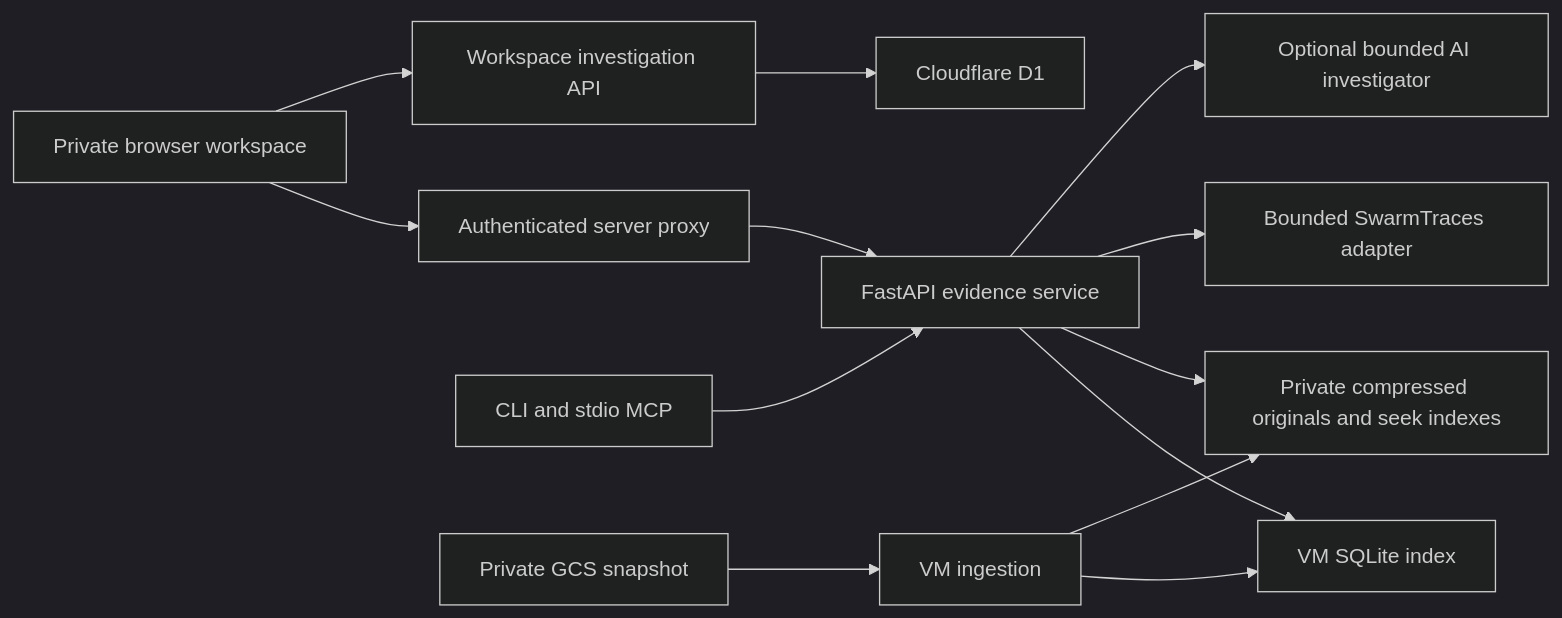
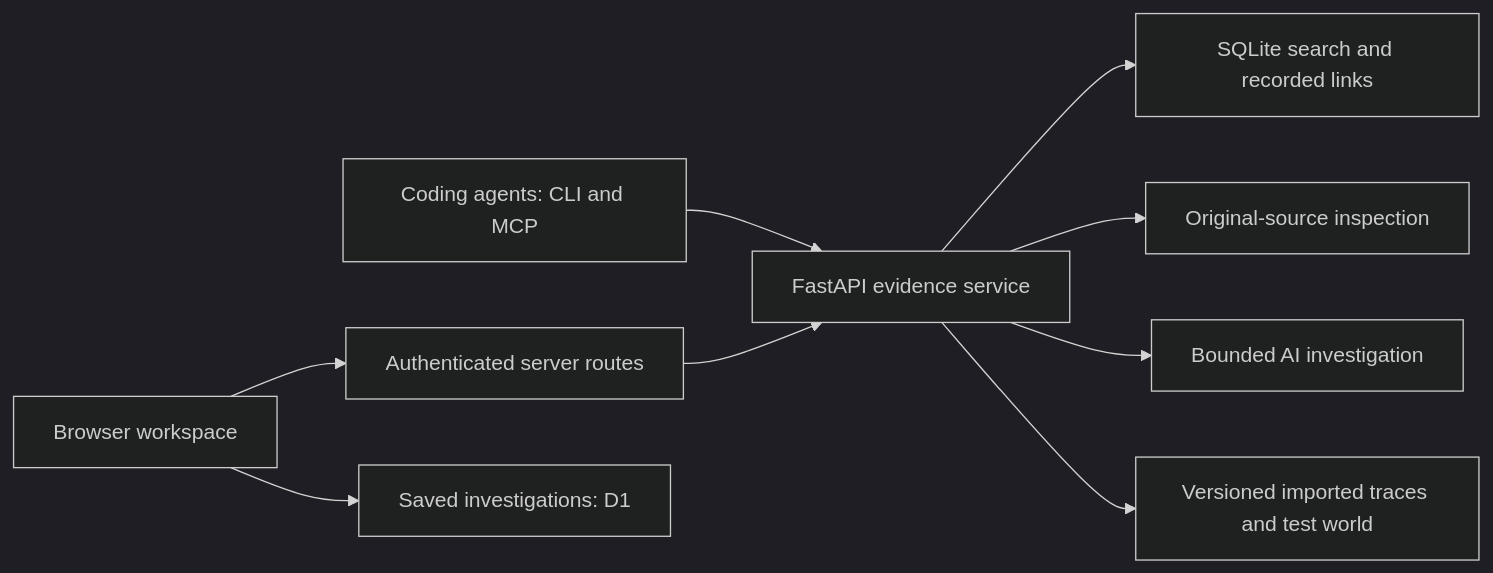
The diagram in README.md (gautamjajoo/swarm-mafia), drawn with Mermaid (dark theme) before and after one commit. The commit also changed other lines of this file and 30 other files, not shown here.

Commit message:
Publish latest Swarm Mafia workspace, evidence walkthroughs, and final demo guide

````diff
--- a/README.md
+++ b/README.md
@@ -37,15 +108,11 @@
 ```mermaid
 flowchart LR
-  Browser[Private browser workspace] --> Proxy[Authenticated server proxy]
-  Proxy --> API[FastAPI evidence service]
-  Browser --> Notes[Workspace investigation API]
-  Notes --> D1[Cloudflare D1]
-  Coding[CLI and stdio MCP] --> API
-  API --> SQLite[VM SQLite index]
-  API --> Raw[Private compressed originals and seek indexes]
-  API --> Swarm[Bounded SwarmTraces adapter]
-  API --> Investigator[Optional bounded AI investigator]
-  GCS[Private GCS snapshot] --> Ingest[VM ingestion]
-  Ingest --> SQLite
-  Ingest --> Raw
+    Human[Browser workspace] --> Proxy[Authenticated server routes]
+    Coding[Coding agents: CLI and MCP] --> API[FastAPI evidence service]
+    Proxy --> API
+    Human --> Notes[Saved investigations: D1]
+    API --> Index[SQLite search and recorded links]
+    API --> Originals[Original-source inspection]
+    API --> Review[Bounded AI investigation]
+    API --> Traces[Versioned imported traces and test world]
 ```
````
